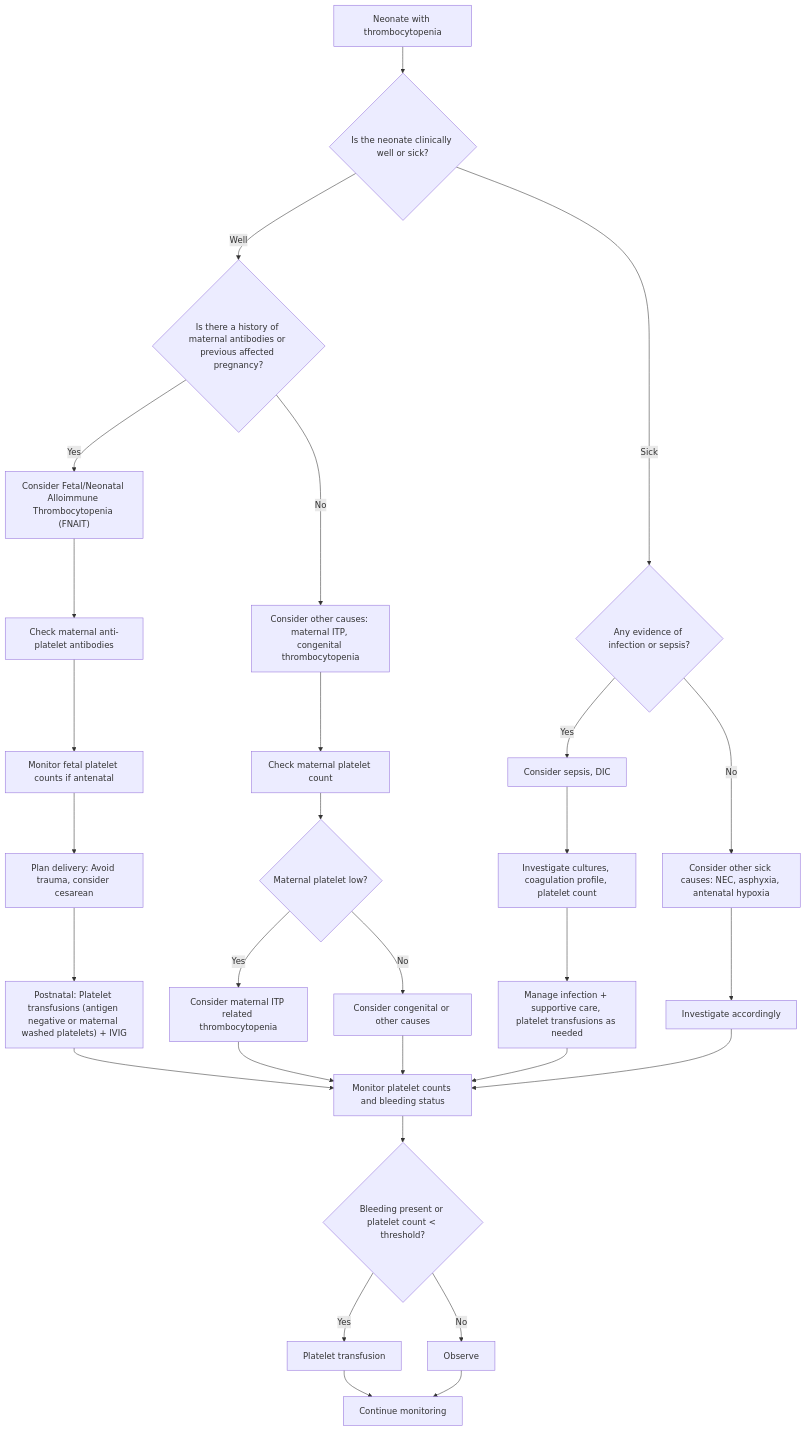
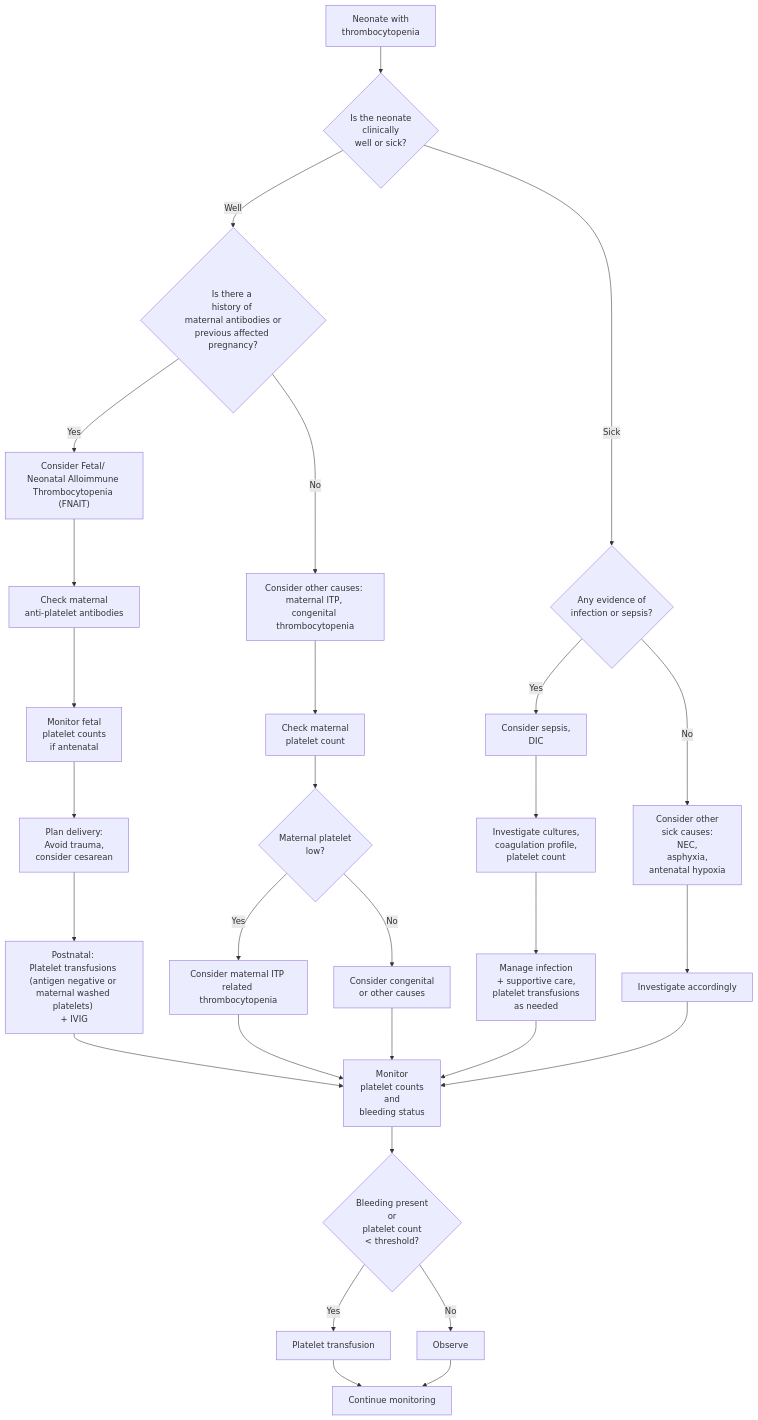
One commit to rubanbalaji-g/dnb-theory changed the diagram in src/site/notes/Hematology/Platelet Disorders.md. Above: the diagram before and after it, drawn with Mermaid.

Commit message:
Published multiple files

````diff
--- a/src/site/notes/Hematology/Platelet Disorders.md
+++ b/src/site/notes/Hematology/Platelet Disorders.md
@@ -76,39 +76,39 @@
 ```mermaid
 flowchart TD
-    A[Neonate with thrombocytopenia] --> B{Is the neonate clinically well or sick?};
-    B -->|Well| C{Is there a history of maternal antibodies or previous affected pregnancy?};
-    B -->|Sick| D{Any evidence of infection or sepsis?};
+    A[Neonate with <br>thrombocytopenia] --> B{Is the neonate <br>clinically <br>well or sick?};
+    B -->|Well| C{Is there a <br>history of <br>maternal antibodies or<br>previous affected pregnancy?};
+    B -->|Sick| D{Any evidence of <br>infection or sepsis?};
 
-    C -->|Yes| E["Consider Fetal/Neonatal Alloimmune Thrombocytopenia (FNAIT)"];
-    E --> F["Check maternal anti-platelet antibodies"];
-    F --> G["Monitor fetal platelet counts if antenatal"];
-    G --> H["Plan delivery: Avoid trauma, consider cesarean"];
-    H --> I["Postnatal: Platelet transfusions (antigen negative or maternal washed platelets) + IVIG"];
+    C -->|Yes| E["Consider Fetal/ <br>Neonatal Alloimmune <br>Thrombocytopenia (FNAIT)"];
+    E --> F["Check maternal <br>anti-platelet antibodies"];
+    F --> G["Monitor fetal <br>platelet counts <br>if antenatal"];
+    G --> H["Plan delivery: <br>Avoid trauma, <br>consider cesarean"];
+    H --> I["Postnatal: <br>Platelet transfusions <br>(antigen negative or <br>maternal washed platelets) <br>+ IVIG"];
 
-    C -->|No| J["Consider other causes: maternal ITP, congenital thrombocytopenia"];
-    J --> K["Check maternal platelet count"];
-    K --> L{Maternal platelet low?};
-    L -->|Yes| M["Consider maternal ITP related thrombocytopenia"];
-    L -->|No| N["Consider congenital or other causes"];
+    C -->|No| J["Consider other causes: <br>maternal ITP, <br>congenital thrombocytopenia"];
+    J --> K["Check maternal <br>platelet count"];
+    K --> L{Maternal platelet <br>low?};
+    L -->|Yes| M["Consider maternal ITP <br>related thrombocytopenia"];
+    L -->|No| N["Consider congenital <br>or other causes"];
 
-    D -->|Yes| O["Consider sepsis, DIC"];
-    O --> P["Investigate cultures, coagulation profile, platelet count"];
-    P --> Q["Manage infection + supportive care, platelet transfusions as needed"];
+    D -->|Yes| O["Consider sepsis, <br>DIC"];
+    O --> P["Investigate cultures, <br>coagulation profile, <br>platelet count"];
+    P --> Q["Manage infection <br>+ supportive care, <br>platelet transfusions <br>as needed"];
 
-    D -->|No| R["Consider other sick causes: NEC, asphyxia, antenatal hypoxia"];
+    D -->|No| R["Consider other <br>sick causes: <br>NEC, <br>asphyxia, <br>antenatal hypoxia"];
     R --> S["Investigate accordingly"];
 
-    I --> T["Monitor platelet counts and bleeding status"];
+    I --> T["Monitor <br>platelet counts <br>and <br>bleeding status"];
     M --> T;
     N --> T;
     Q --> T;
     S --> T;
 
-    T --> U{Bleeding present or platelet count &lt; threshold?};
+    T --> U{Bleeding present <br>or <br>platelet count <br> &lt; threshold?};
     U -->|Yes| V["Platelet transfusion"];
     U -->|No| W["Observe"];
 
     V --> X["Continue monitoring"];
     W --> X;
 
 ```
````
